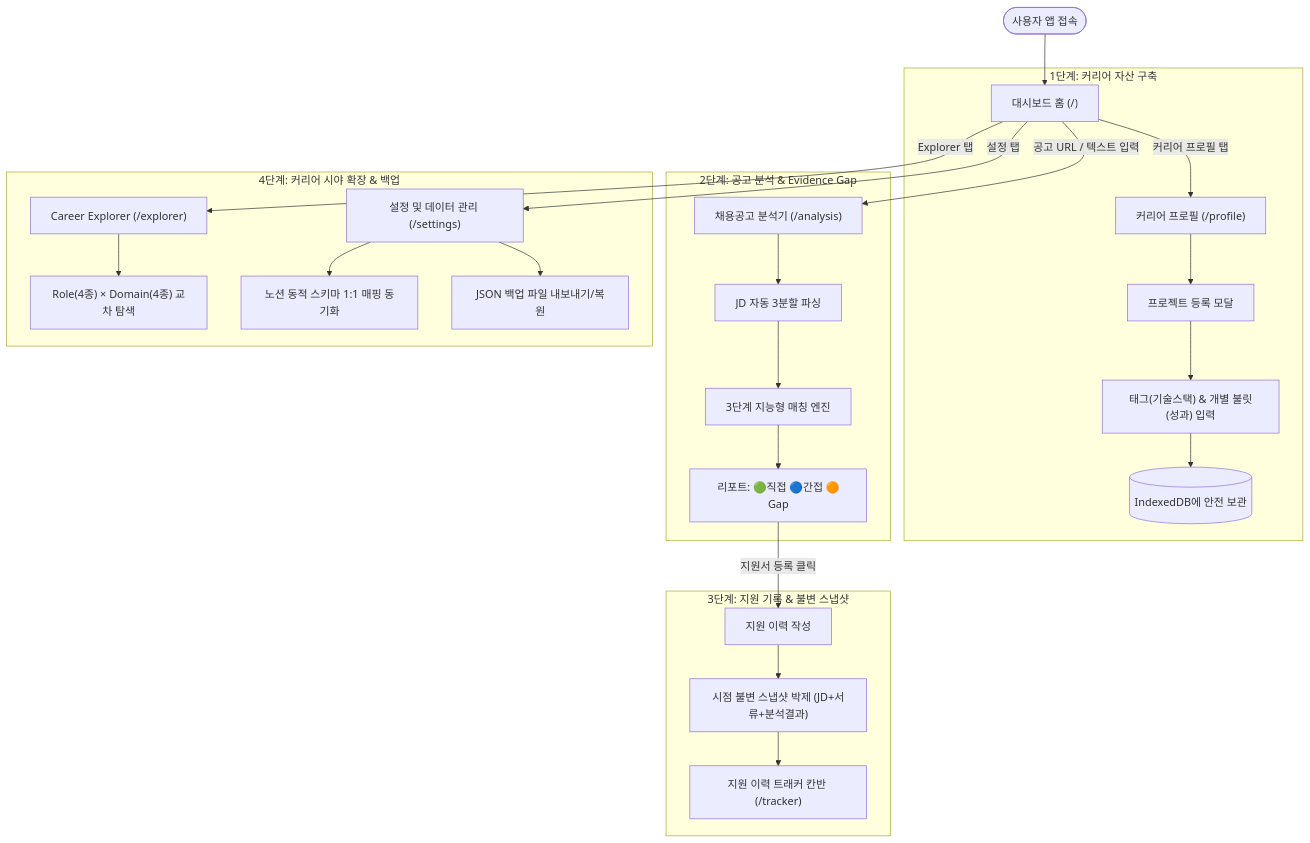
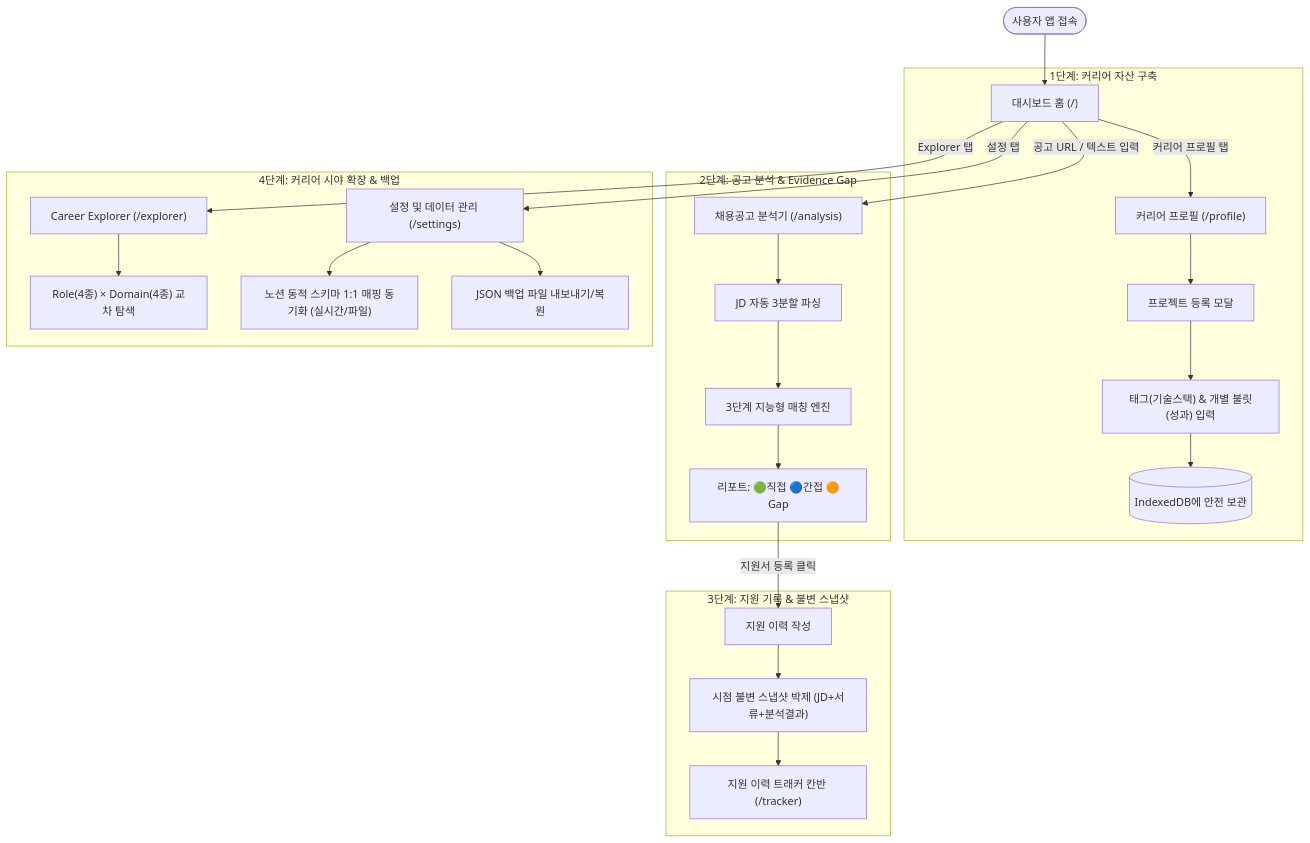
Before and after one commit to finneKIM/career-intelligence: the diagram in docs/UI_UX.md, drawn with Mermaid. The commit also changed other lines of this file and 8 other files, not shown here.

````diff
--- a/docs/UI_UX.md
+++ b/docs/UI_UX.md
@@ -316,32 +326,32 @@
 ```mermaid
 flowchart TD
     Start([사용자 앱 접속]) --> Home["대시보드 홈 (/)"]
 
     subgraph Step1 ["1단계: 커리어 자산 구축"]
         Home -->|커리어 프로필 탭| Profile["커리어 프로필 (/profile)"]
         Profile --> ModalProj["프로젝트 등록 모달"]
         ModalProj --> TagsBullets["태그(기술스택) & 개별 불릿(성과) 입력"]
         TagsBullets --> LocalDB1[("IndexedDB에 안전 보관")]
     end
 
     subgraph Step2 ["2단계: 공고 분석 & Evidence Gap"]
         Home -->|공고 URL / 텍스트 입력| Analysis["채용공고 분석기 (/analysis)"]
         Analysis --> Parser["JD 자동 3분할 파싱"]
         Parser --> Engine["3단계 지능형 매칭 엔진"]
         Engine --> Report["리포트: 🟢직접 🔵간접 🟠Gap"]
     end
 
     subgraph Step3 ["3단계: 지원 기록 & 불변 스냅샷"]
         Report -->|지원서 등록 클릭| CreateApp["지원 이력 작성"]
         CreateApp --> Snapshot["시점 불변 스냅샷 박제 (JD+서류+분석결과)"]
         Snapshot --> Tracker["지원 이력 트래커 칸반 (/tracker)"]
     end
 
     subgraph Step4 ["4단계: 커리어 시야 확장 & 백업"]
         Home -->|Explorer 탭| Explorer["Career Explorer (/explorer)"]
         Explorer --> Matrix["Role(4종) × Domain(4종) 교차 탐색"]
         Home -->|설정 탭| Settings["설정 및 데이터 관리 (/settings)"]
-        Settings --> NotionSync["노션 동적 스키마 1:1 매핑 동기화"]
+        Settings --> NotionSync["노션 동적 스키마 1:1 매핑 동기화 (실시간/파일)"]
         Settings --> Backup["JSON 백업 파일 내보내기/복원"]
     end
 ```
````
